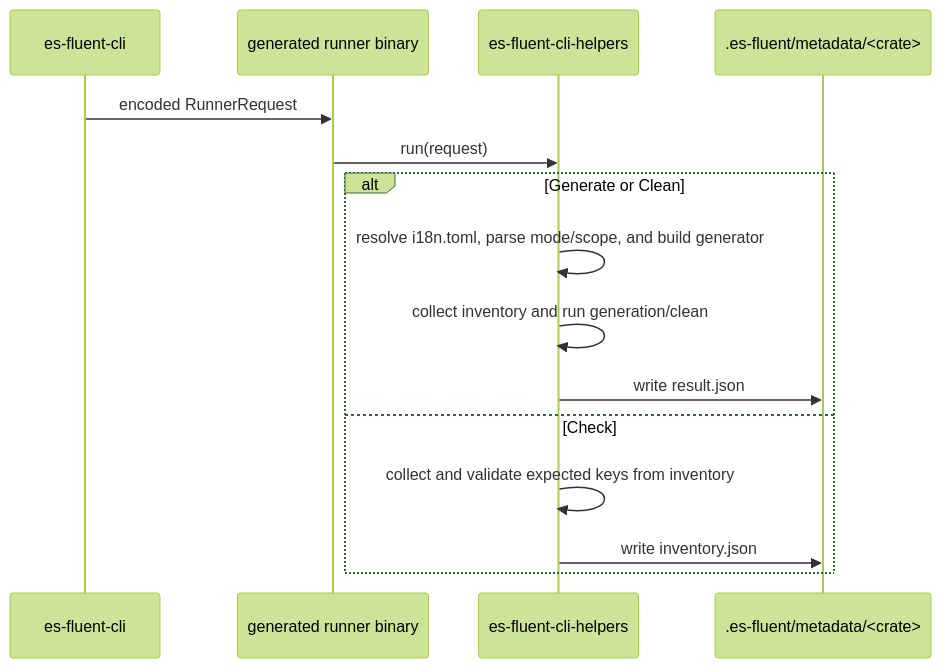
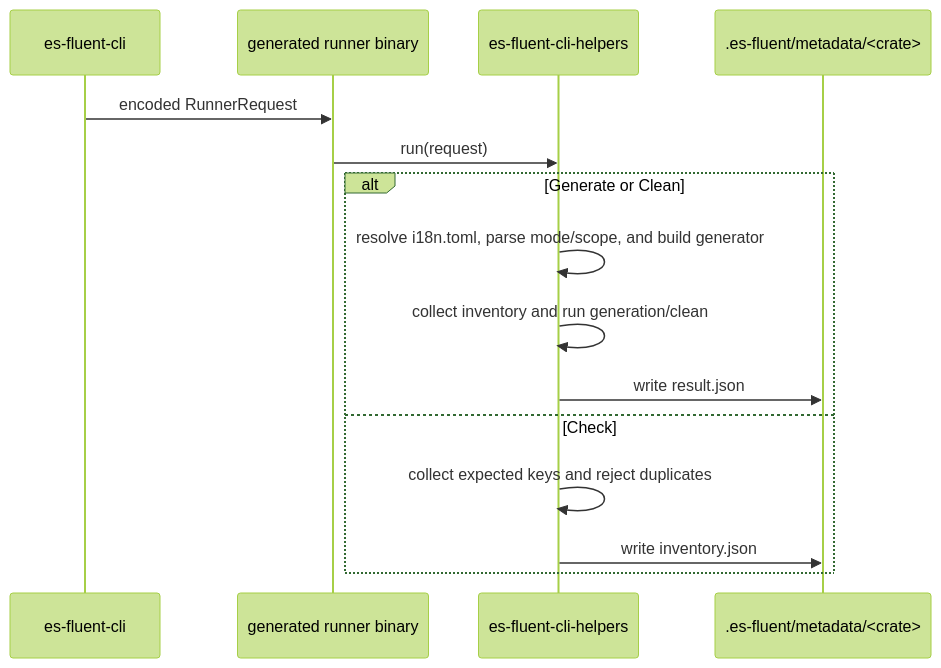
Before and after one commit to stayhydated/es-fluent: the second of 2 diagrams in crates/es-fluent-cli-helpers/docs/ARCHITECTURE.md, drawn with Mermaid (forest theme). The commit also changed other lines of this file and 45 other files, not shown here.

````diff
--- a/crates/es-fluent-cli-helpers/docs/ARCHITECTURE.md
+++ b/crates/es-fluent-cli-helpers/docs/ARCHITECTURE.md
@@ -64,19 +65,19 @@
 ```mermaid
 sequenceDiagram
     participant CLI as es-fluent-cli
     participant Runner as generated runner binary
     participant Helpers as es-fluent-cli-helpers
     participant Meta as .es-fluent/metadata/<crate>
 
     CLI->>Runner: encoded RunnerRequest
     Runner->>Helpers: run(request)
 
     alt Generate or Clean
         Helpers->>Helpers: resolve i18n.toml, parse mode/scope, and build generator
         Helpers->>Helpers: collect inventory and run generation/clean
         Helpers->>Meta: write result.json
     else Check
-        Helpers->>Helpers: collect and validate expected keys from inventory
+        Helpers->>Helpers: collect expected keys and reject duplicates
         Helpers->>Meta: write inventory.json
     end
 ```
````
